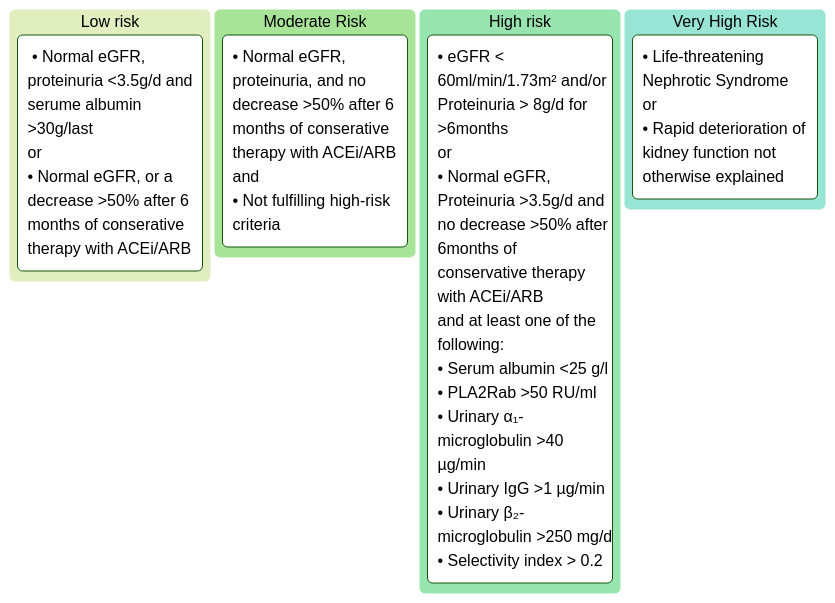
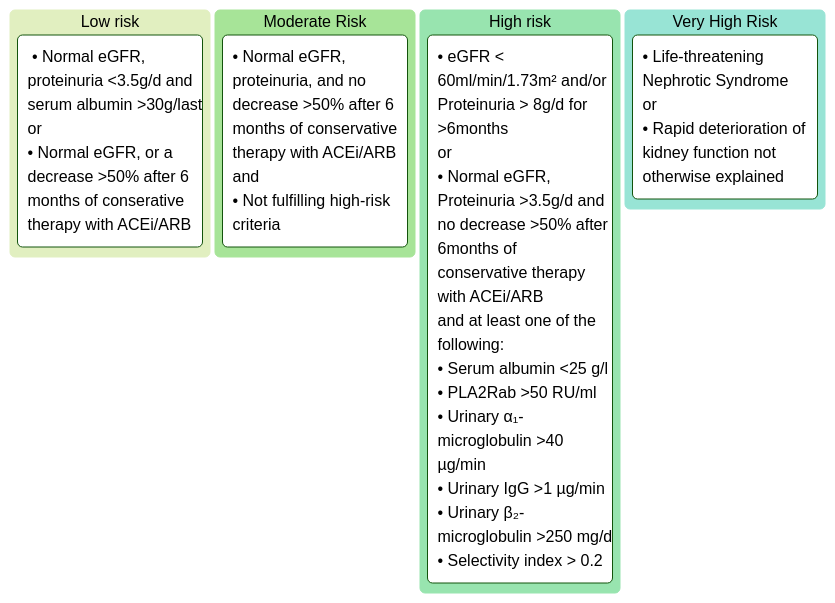
Before and after one commit to TTUNEPH2025/GN: the second of 4 diagrams in docs/Membranous.md, drawn with Mermaid. The commit also changed other lines of this file, not shown here.

````diff
--- a/docs/Membranous.md
+++ b/docs/Membranous.md
@@ -154,32 +154,32 @@
 ```mermaid
 ---
 config:
   kanban:
     ticketBaseUrl: 'https://github.com/mermaid-js/mermaid/issues/#TICKET#'
   theme: forest
 ---
 kanban
   Low risk
-    docs[ • Normal eGFR, proteinuria <3.5g/d and serume albumin >30g/last
+    docs[ • Normal eGFR, proteinuria <3.5g/d and serum albumin >30g/last
     or
     • Normal eGFR, or a decrease >50% after 6 months of conserative therapy with ACEi/ARB]
   [Moderate Risk]
-    id6[• Normal eGFR, proteinuria, and no decrease >50% after 6 months of conserative therapy with ACEi/ARB
+    id6[• Normal eGFR, proteinuria, and no decrease >50% after 6 months of conservative therapy with ACEi/ARB
     and
     • Not fulfilling high-risk criteria ]
   [High risk]
     id4[• eGFR < 60ml/min/1.73m² and/or Proteinuria > 8g/d for >6months
     or
     • Normal eGFR, Proteinuria >3.5g/d and no decrease >50% after 6months of conservative therapy with ACEi/ARB 
     and at least one of the following:
     • Serum albumin <25 g/l
     • PLA2Rab >50 RU/ml 
     • Urinary α₁-microglobulin >40 µg/min
     • Urinary IgG >1 µg/min
     • Urinary β₂-microglobulin >250 mg/d
     • Selectivity index > 0.2]
   [Very High Risk]
     id5[• Life-threatening Nephrotic Syndrome 
     or
     • Rapid deterioration of kidney function not otherwise explained]
 ```
````
